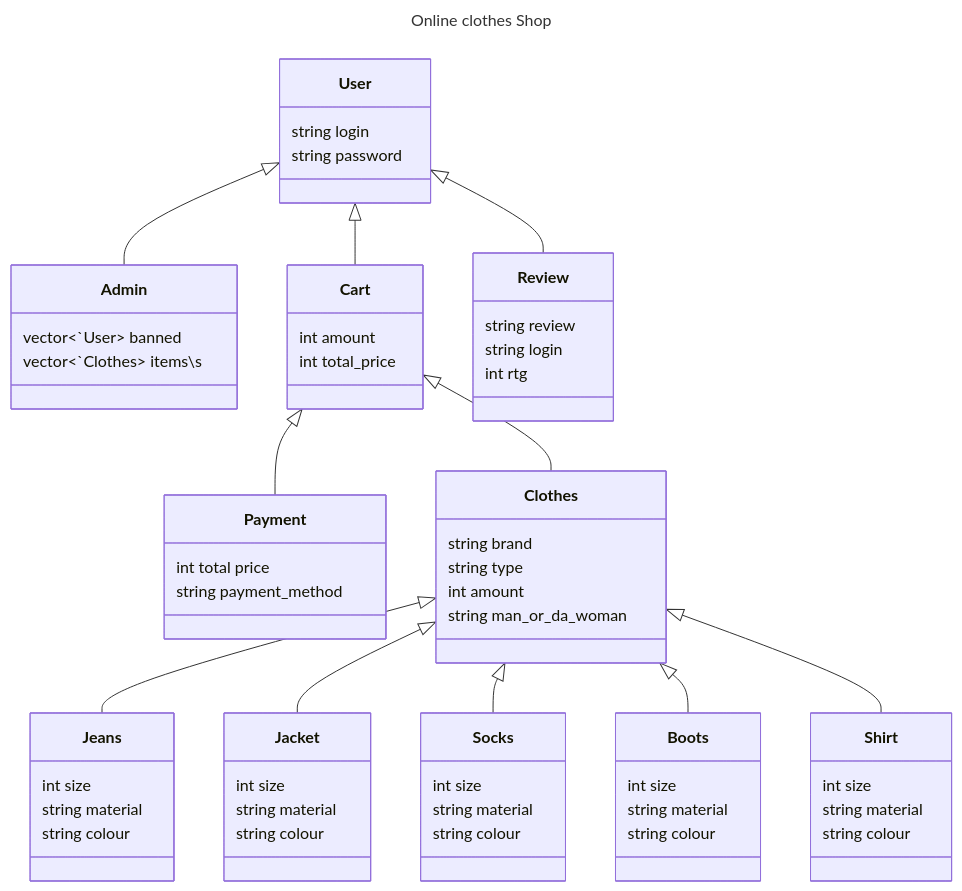
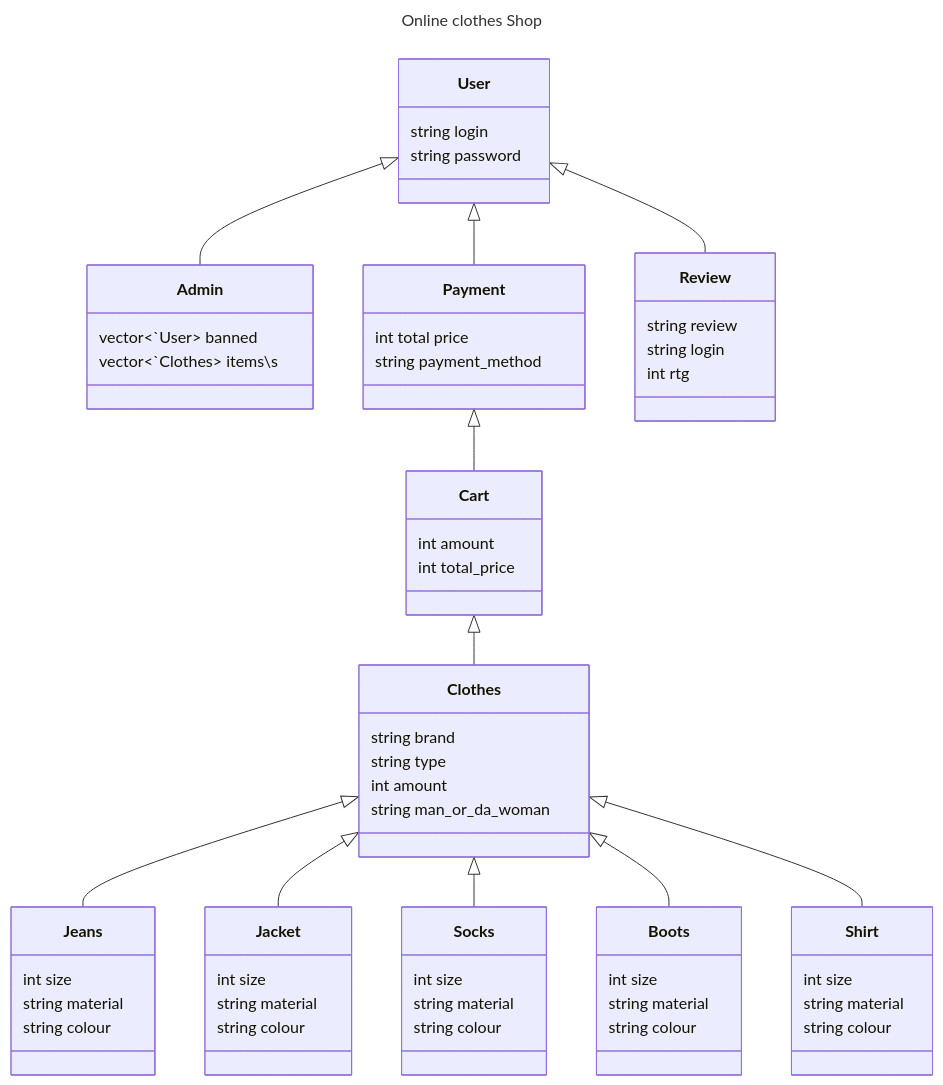
Before and after one commit to octolss/team_lead: the diagram in README.md, drawn with Mermaid. The commit also changed 1 other file, not shown here.

````diff
--- a/README.md
+++ b/README.md
@@ -1,82 +1,82 @@
 ```mermaid
 ---
 title: Online clothes Shop
 ---
 classDiagram
     User<|--Admin
-    Cart <|-- Payment
-    User <|-- Cart
+    Payment <|-- Cart
+    User <|-- Payment
     User<|--Review
     Cart <|-- Clothes
     Clothes <|-- Jeans
     Clothes <|-- Jacket
     Clothes <|-- Socks
     Clothes <|-- Boots
     Clothes <|-- Shirt
 
 
     class User{
         string login
         string password
     }
 
     class Admin{
         vector<`User> banned
         vector<`Clothes> items\s
     }
 
     class Clothes{
         string brand
         string type
         int amount
         string man_or_da_woman
     }
 
     class Review{
         string review
         string login
         int rtg
     }
 
     class Cart{
         int amount
         int total_price
     }
 
     class Payment{
         int total price
         string payment_method
     }
 
     class Jeans{
         int size
         string material
         string colour
     }
 
     class Jacket{
         int size
         string material
         string colour
     }
 
     class Socks{
         int size
         string material
         string colour
     }
 
     class Boots{
         int size
         string material
         string colour
     }
 
     class Shirt{
         int size
         string material
         string colour
     }
     
 
 ```
````
